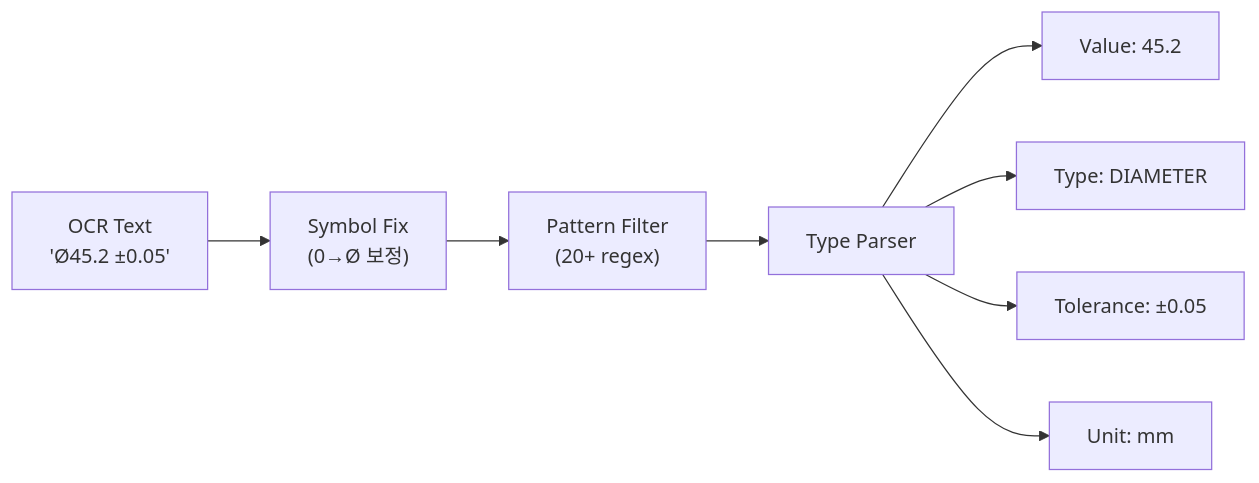
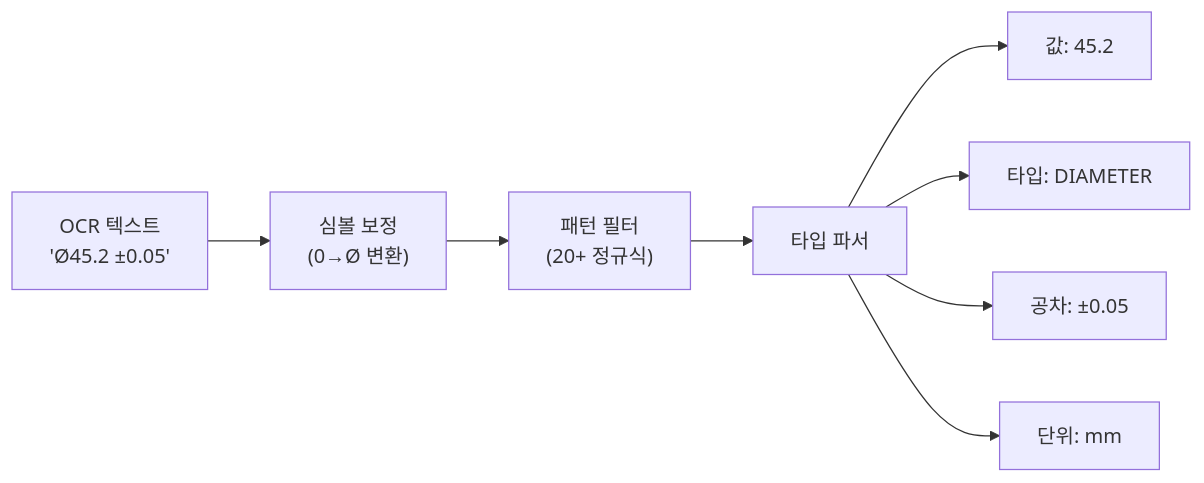
One commit to uprootai/AX_OCR changed the first of 2 diagrams in docs-site/docs/quality-assurance/ocr-metrics.md. Above: the diagram before and after it, drawn with Mermaid. The commit also changed other lines of this file and 64 other files, not shown here.

````diff
--- a/docs-site/docs/quality-assurance/ocr-metrics.md
+++ b/docs-site/docs/quality-assurance/ocr-metrics.md
@@ -80,10 +80,10 @@
 ```mermaid
 flowchart LR
-    RAW["OCR Text\n'Ø45.2 ±0.05'"] --> FIX["Symbol Fix\n(0→Ø 보정)"]
-    FIX --> FILTER["Pattern Filter\n(20+ regex)"]
-    FILTER --> PARSE["Type Parser"]
-    PARSE --> VAL["Value: 45.2"]
-    PARSE --> TYPE["Type: DIAMETER"]
-    PARSE --> TOL["Tolerance: ±0.05"]
-    PARSE --> UNIT["Unit: mm"]
+    RAW["OCR 텍스트\n'Ø45.2 ±0.05'"] --> FIX["심볼 보정\n(0→Ø 변환)"]
+    FIX --> FILTER["패턴 필터\n(20+ 정규식)"]
+    FILTER --> PARSE["타입 파서"]
+    PARSE --> VAL["값: 45.2"]
+    PARSE --> TYPE["타입: DIAMETER"]
+    PARSE --> TOL["공차: ±0.05"]
+    PARSE --> UNIT["단위: mm"]
 ```
````
